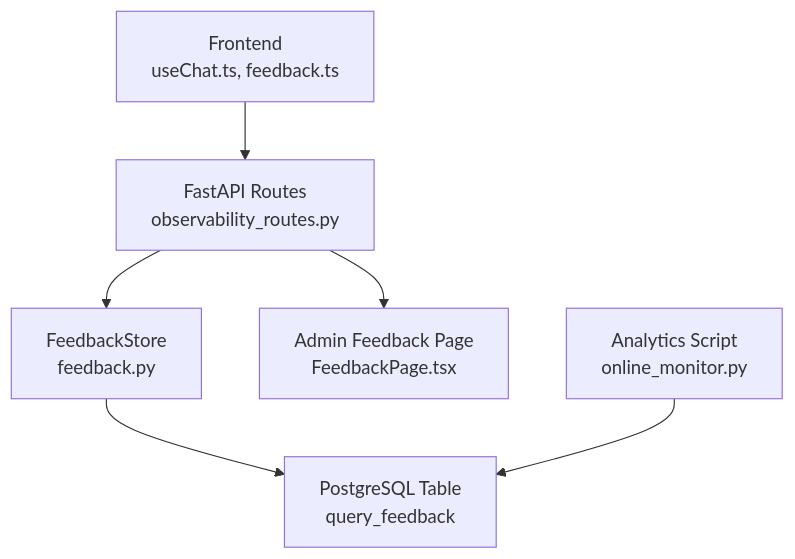
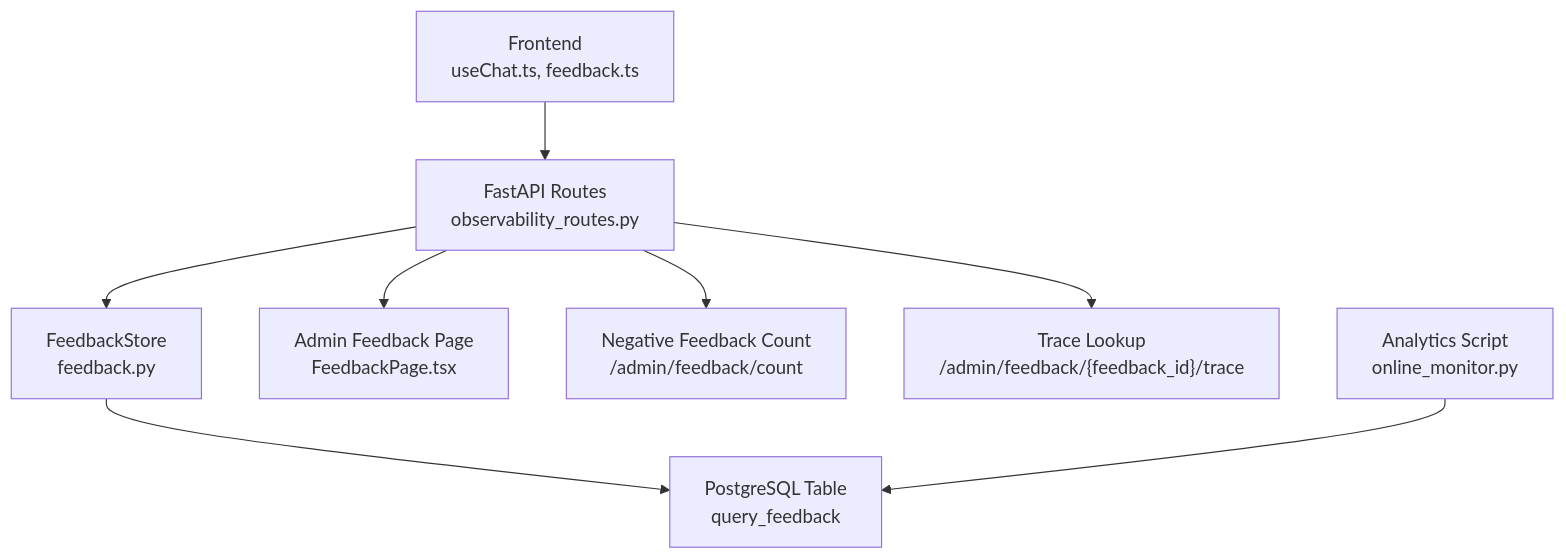
The first of 9 diagrams in .qoder/repowiki/en/content/Observability and Monitoring/Feedback Collection and Analytics.md (genes8/private-ai), drawn with Mermaid before and after one commit. The commit also changed other lines of this file and 12 other files, not shown here.

````diff
--- a/.qoder/repowiki/en/content/Observability and Monitoring/Feedback Collection and Analytics.md
+++ b/.qoder/repowiki/en/content/Observability and Monitoring/Feedback Collection and Analytics.md
@@ -39,8 +47,10 @@
 ```mermaid
 graph TB
 FE["Frontend<br/>useChat.ts, feedback.ts"] --> API["FastAPI Routes<br/>observability_routes.py"]
 API --> Store["FeedbackStore<br/>feedback.py"]
 Store --> DB["PostgreSQL Table<br/>query_feedback"]
 API --> AdminUI["Admin Feedback Page<br/>FeedbackPage.tsx"]
+API --> CountEndpoint["Negative Feedback Count<br/>/admin/feedback/count"]
+API --> TraceEndpoint["Trace Lookup<br/>/admin/feedback/{feedback_id}/trace"]
 Eval["Analytics Script<br/>online_monitor.py"] --> DB
 ```
````
